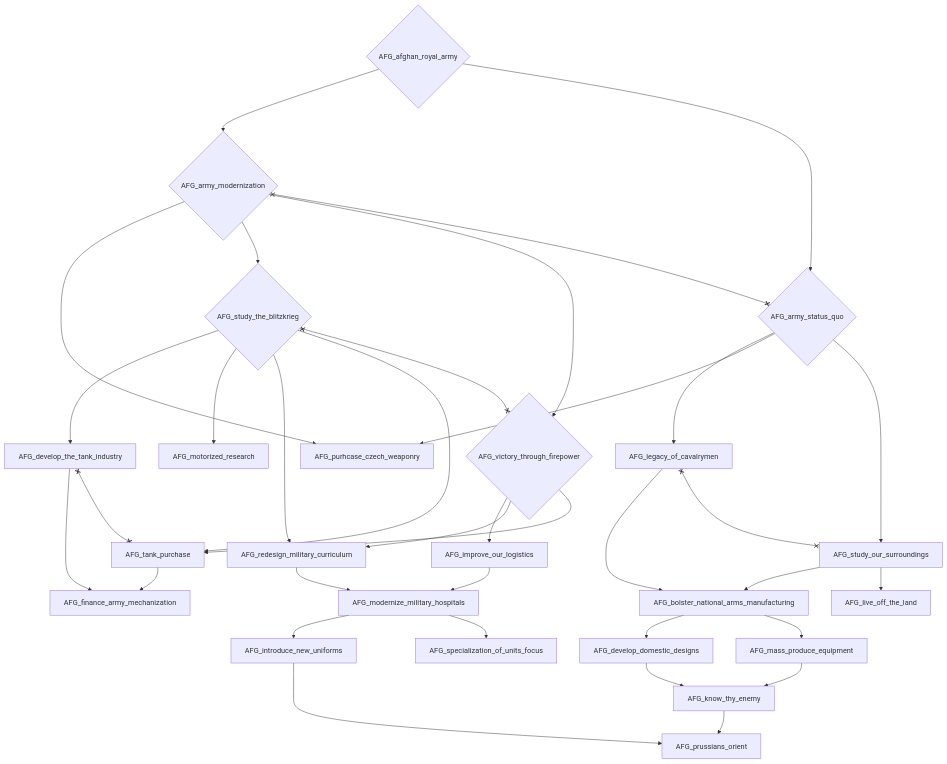
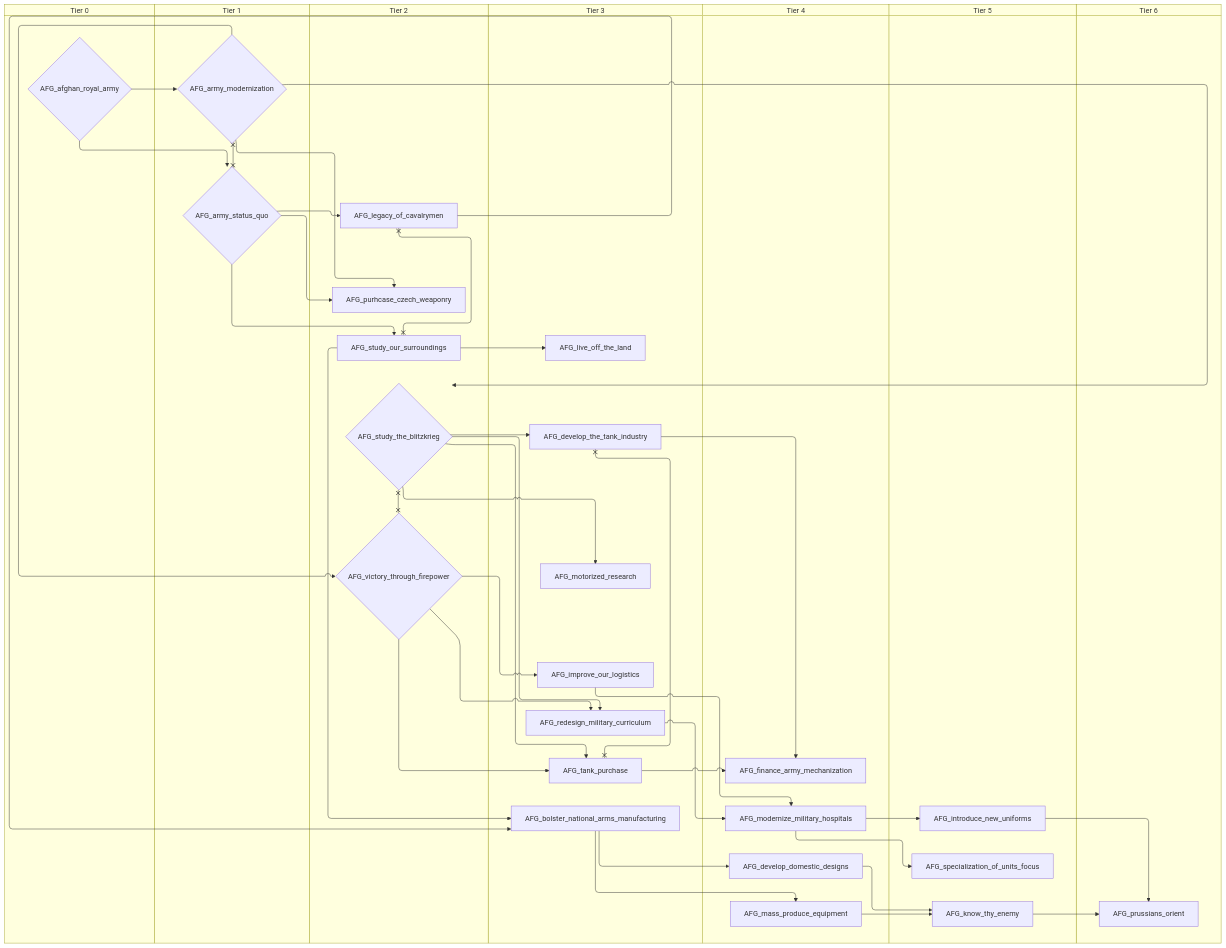
The first of 6 diagrams in docs/gdd/National Focuses/r56/r56_afghanistan.md (evgeny-sobol/hoi4-sandbox-mode-r56), drawn with Mermaid before and after one commit. The commit also changed other lines of this file and 423 other files, not shown here.

First line of the commit message:
Re-export Rt56 focus trees as swimlane diagrams

````diff
--- a/docs/gdd/National Focuses/r56/r56_afghanistan.md
+++ b/docs/gdd/National Focuses/r56/r56_afghanistan.md
@@ -3,60 +3,74 @@
 ```mermaid
-flowchart TD
-    n1{"AFG_afghan_royal_army"}
-    n2{"AFG_army_modernization"}
-    n3{"AFG_army_status_quo"}
-    n4["AFG_bolster_national_arms_manufacturing"]
-    n5["AFG_develop_domestic_designs"]
-    n6["AFG_develop_the_tank_industry"]
-    n7["AFG_finance_army_mechanization"]
-    n8["AFG_improve_our_logistics"]
-    n9["AFG_introduce_new_uniforms"]
-    n10["AFG_know_thy_enemy"]
-    n11["AFG_legacy_of_cavalrymen"]
-    n12["AFG_live_off_the_land"]
-    n13["AFG_mass_produce_equipment"]
-    n14["AFG_modernize_military_hospitals"]
-    n15["AFG_motorized_research"]
-    n16["AFG_prussians_orient"]
-    n17["AFG_purhcase_czech_weaponry"]
-    n18["AFG_redesign_military_curriculum"]
-    n19["AFG_specialization_of_units_focus"]
-    n20["AFG_study_our_surroundings"]
-    n21{"AFG_study_the_blitzkrieg"}
-    n22["AFG_tank_purchase"]
-    n23{"AFG_victory_through_firepower"}
+swimlane-beta TD
+    subgraph tier_0["Tier 0"]
+        n1{"AFG_afghan_royal_army"}
+    end
+    subgraph tier_1["Tier 1"]
+        n2{"AFG_army_modernization"}
+        n3{"AFG_army_status_quo"}
+    end
+    subgraph tier_2["Tier 2"]
+        n4["AFG_legacy_of_cavalrymen"]
+        n5["AFG_purhcase_czech_weaponry"]
+        n6["AFG_study_our_surroundings"]
+        n7{"AFG_study_the_blitzkrieg"}
+        n8{"AFG_victory_through_firepower"}
+    end
+    subgraph tier_3["Tier 3"]
+        n9["AFG_bolster_national_arms_manufacturing"]
+        n10["AFG_develop_the_tank_industry"]
+        n11["AFG_improve_our_logistics"]
+        n12["AFG_live_off_the_land"]
+        n13["AFG_motorized_research"]
+        n14["AFG_redesign_military_curriculum"]
+        n15["AFG_tank_purchase"]
+    end
+    subgraph tier_4["Tier 4"]
+        n16["AFG_develop_domestic_designs"]
+        n17["AFG_finance_army_mechanization"]
+        n18["AFG_mass_produce_equipment"]
+        n19["AFG_modernize_military_hospitals"]
+    end
+    subgraph tier_5["Tier 5"]
+        n20["AFG_introduce_new_uniforms"]
+        n21["AFG_know_thy_enemy"]
+        n22["AFG_specialization_of_units_focus"]
+    end
+    subgraph tier_6["Tier 6"]
+        n23["AFG_prussians_orient"]
+    end
     n1 --> n2
     n1 --> n3
-    n20 --> n4
-    n11 --> n4
-    n4 --> n5
-    n21 --> n6
-    n6 --> n7
-    n22 --> n7
-    n23 --> n8
-    n14 --> n9
-    n5 --> n10
-    n13 --> n10
-    n3 --> n11
-    n20 --> n12
-    n4 --> n13
+    n6 --> n9
+    n4 --> n9
+    n9 --> n16
+    n7 --> n10
+    n10 --> n17
+    n15 --> n17
+    n8 --> n11
+    n19 --> n20
+    n16 --> n21
+    n18 --> n21
+    n3 --> n4
+    n6 --> n12
+    n9 --> n18
+    n11 --> n19
+    n14 --> n19
+    n7 --> n13
+    n20 --> n23
+    n21 --> n23
+    n2 --> n5
+    n3 --> n5
     n8 --> n14
-    n18 --> n14
-    n21 --> n15
-    n9 --> n16
-    n10 --> n16
-    n2 --> n17
-    n3 --> n17
-    n23 --> n18
-    n21 --> n18
-    n14 --> n19
-    n3 --> n20
-    n2 --> n21
-    n21 --> n22
-    n23 --> n22
-    n2 --> n23
+    n7 --> n14
+    n19 --> n22
+    n3 --> n6
+    n2 --> n7
+    n7 --> n15
+    n8 --> n15
+    n2 --> n8
     n2 x--x n3
-    n6 x--x n22
-    n11 x--x n20
-    n21 x--x n23
+    n10 x--x n15
+    n4 x--x n6
+    n7 x--x n8
 ```
````
